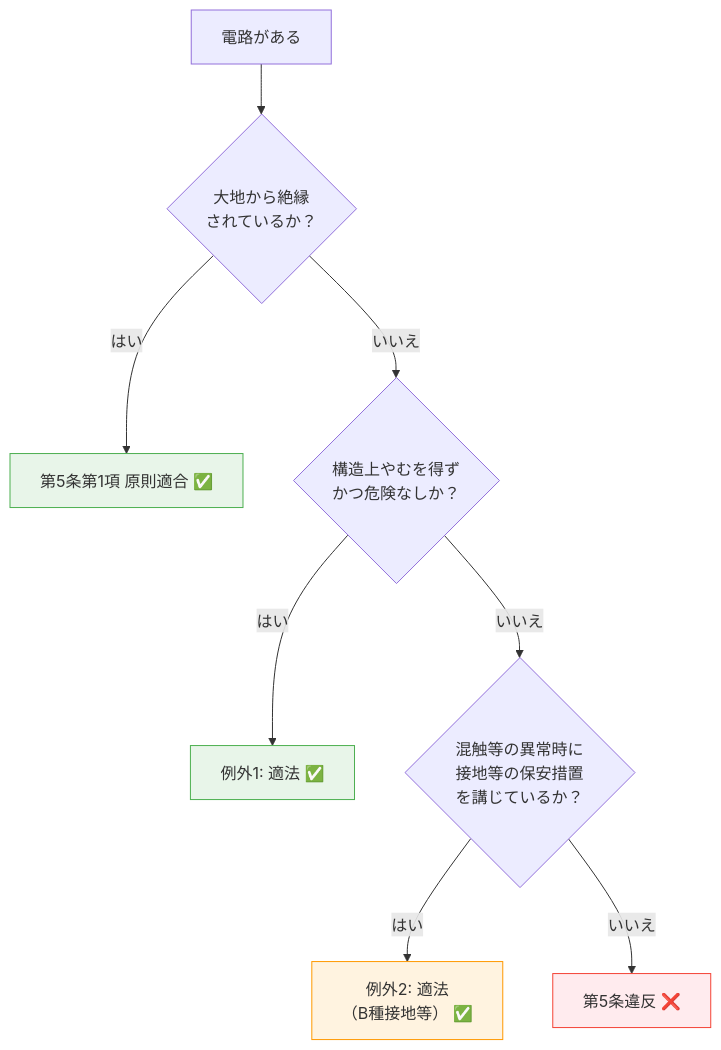
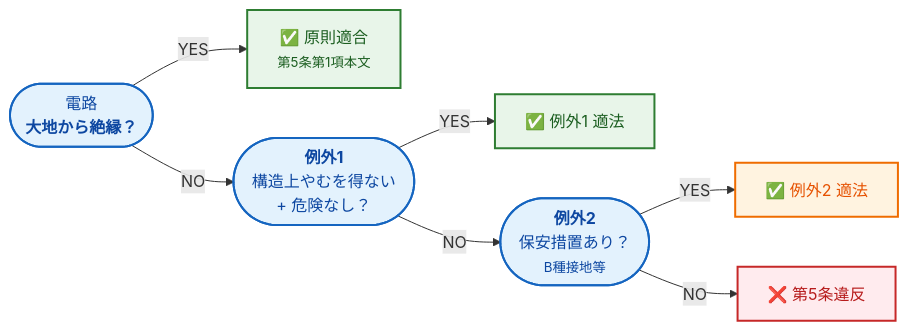
One commit to kfurufuru/denken-wiki changed the diagram in docs/articles/kijun/5.md. Above: the diagram before and after it, drawn with Mermaid. The commit also changed other lines of this file, not shown here.

````diff
--- a/docs/articles/kijun/5.md
+++ b/docs/articles/kijun/5.md
@@ -329,15 +348,18 @@
 ```mermaid
-flowchart TD
-    START["電路がある"] --> Q1{"大地から絶縁<br/>されているか？"}
-    Q1 -->|"はい"| OK["第5条第1項 原則適合 ✅"]
-    Q1 -->|"いいえ"| Q2{"構造上やむを得ず<br/>かつ危険なしか？"}
-    Q2 -->|"はい"| EX1["例外1: 適法 ✅"]
-    Q2 -->|"いいえ"| Q3{"混触等の異常時に<br/>接地等の保安措置<br/>を講じているか？"}
-    Q3 -->|"はい"| EX2["例外2: 適法<br/>（B種接地等） ✅"]
-    Q3 -->|"いいえ"| NG["第5条違反 ❌"]
+flowchart LR
+    A(["電路<br/><b>大地から絶縁？</b>"]) -->|YES| OK["✅ 原則適合<br/><small>第5条第1項本文</small>"]
+    A -->|NO| B(["<b>例外1</b><br/>構造上やむを得ない<br/>+ 危険なし？"])
+    B -->|YES| EX1["✅ 例外1 適法"]
+    B -->|NO| C(["<b>例外2</b><br/>保安措置あり？<br/><small>B種接地等</small>"])
+    C -->|YES| EX2["✅ 例外2 適法"]
+    C -->|NO| NG["❌ 第5条違反"]
 
-    style OK fill:#e8f5e9,stroke:#4caf50
-    style EX1 fill:#e8f5e9,stroke:#4caf50
-    style EX2 fill:#fff3e0,stroke:#ff9800
-    style NG fill:#ffebee,stroke:#f44336
+    classDef ok fill:#e8f5e9,stroke:#2e7d32,stroke-width:2px,color:#1b5e20
+    classDef warn fill:#fff3e0,stroke:#ef6c00,stroke-width:2px,color:#e65100
+    classDef ng fill:#ffebee,stroke:#c62828,stroke-width:2px,color:#b71c1c
+    classDef q fill:#e3f2fd,stroke:#1565c0,stroke-width:2px,color:#0d47a1
+    class OK,EX1 ok
+    class EX2 warn
+    class NG ng
+    class A,B,C q
 ```
````
